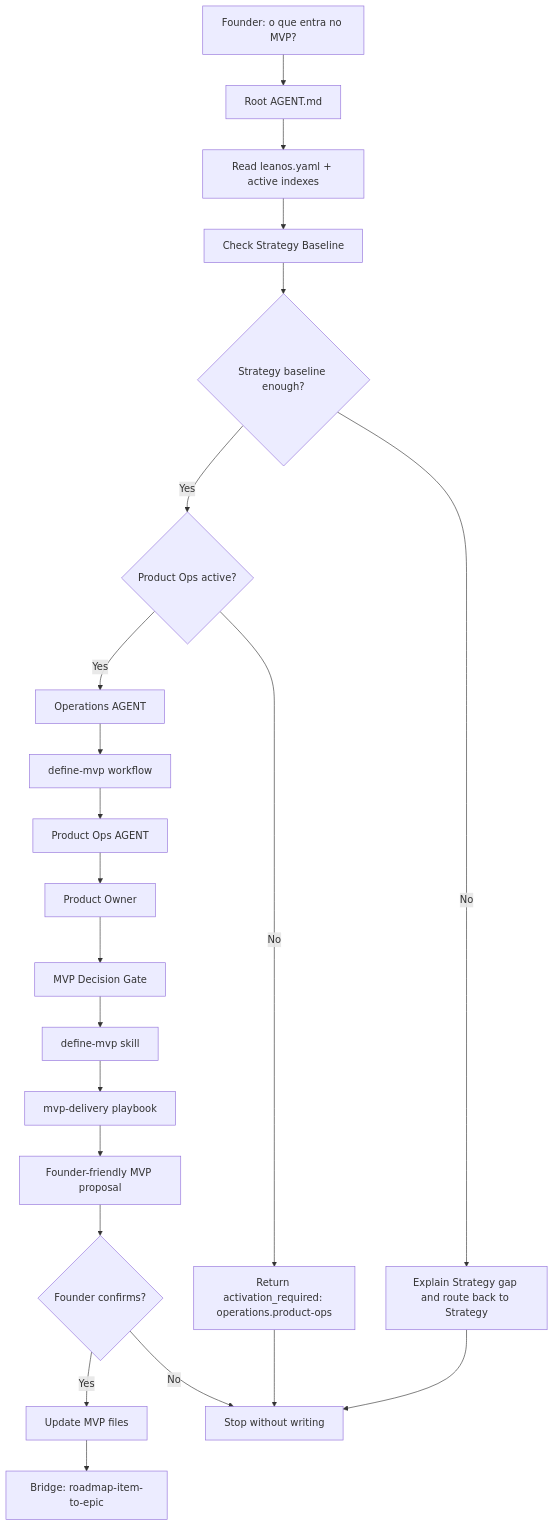
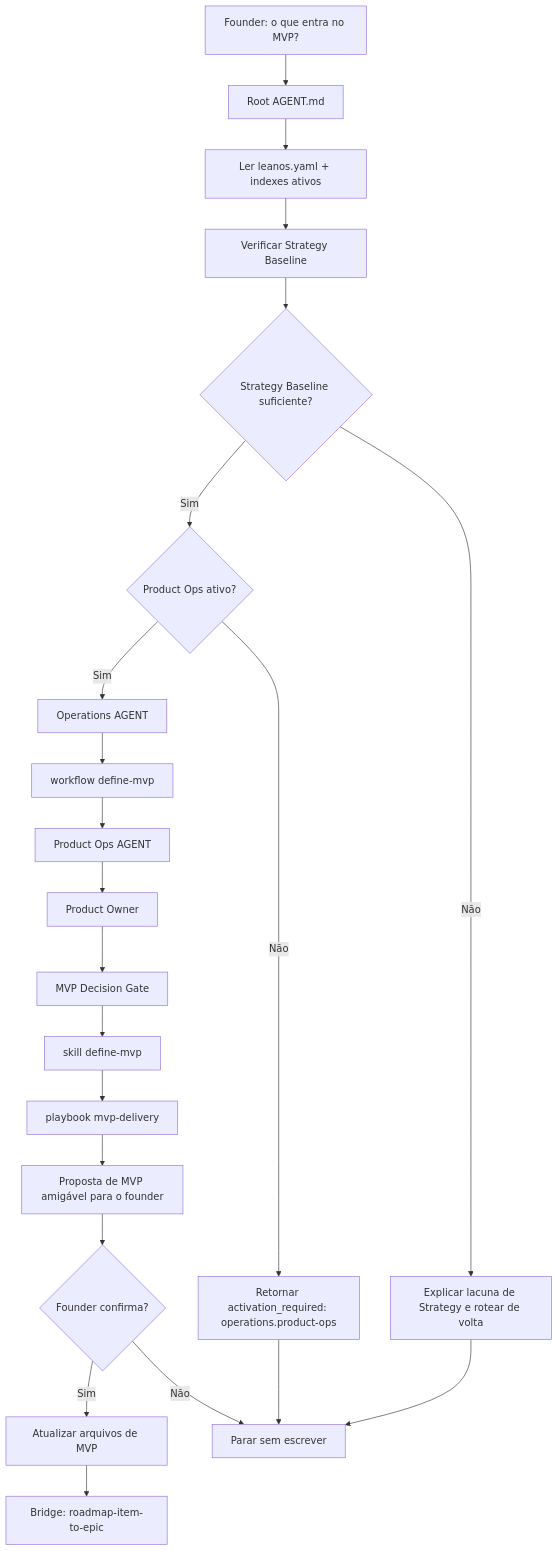
One commit to desousajhonny/leanOS changed the diagram in docs/framework/founder-journeys/define-mvp.md. Above: the diagram before and after it, drawn with Mermaid. The commit also changed other lines of this file and 23 other files, not shown here.

````diff
--- a/docs/framework/founder-journeys/define-mvp.md
+++ b/docs/framework/founder-journeys/define-mvp.md
@@ -14,31 +14,31 @@
 ```mermaid
 flowchart TD
   A["Founder: o que entra no MVP?"]
   B["Root AGENT.md"]
-  C["Read leanos.yaml + active indexes"]
-  D["Check Strategy Baseline"]
-  E{"Strategy baseline enough?"}
-  F["Explain Strategy gap and route back to Strategy"]
-  G{"Product Ops active?"}
-  H["Return activation_required: operations.product-ops"]
+  C["Ler leanos.yaml + indexes ativos"]
+  D["Verificar Strategy Baseline"]
+  E{"Strategy Baseline suficiente?"}
+  F["Explicar lacuna de Strategy e rotear de volta"]
+  G{"Product Ops ativo?"}
+  H["Retornar activation_required: operations.product-ops"]
   I["Operations AGENT"]
-  J["define-mvp workflow"]
+  J["workflow define-mvp"]
   K["Product Ops AGENT"]
   L["Product Owner"]
   M["MVP Decision Gate"]
-  N["define-mvp skill"]
-  O["mvp-delivery playbook"]
-  P["Founder-friendly MVP proposal"]
-  Q{"Founder confirms?"}
-  R["Update MVP files"]
+  N["skill define-mvp"]
+  O["playbook mvp-delivery"]
+  P["Proposta de MVP amigável para o founder"]
+  Q{"Founder confirma?"}
+  R["Atualizar arquivos de MVP"]
   S["Bridge: roadmap-item-to-epic"]
-  T["Stop without writing"]
+  T["Parar sem escrever"]
 
   A --> B --> C --> D --> E
-  E -->|No| F --> T
-  E -->|Yes| G
-  G -->|No| H --> T
-  G -->|Yes| I --> J --> K --> L --> M --> N --> O --> P --> Q
-  Q -->|Yes| R --> S
-  Q -->|No| T
+  E -->|Não| F --> T
+  E -->|Sim| G
+  G -->|Não| H --> T
+  G -->|Sim| I --> J --> K --> L --> M --> N --> O --> P --> Q
+  Q -->|Sim| R --> S
+  Q -->|Não| T
 ```
````
